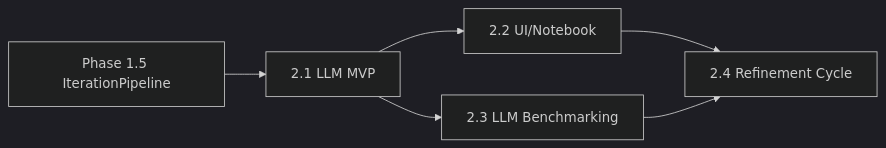
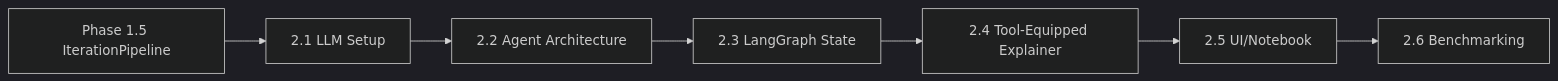
The second of 2 diagrams in docs/implementation_plan.md (GabrieleDiCorato/rohan), drawn with Mermaid (dark theme) before and after one commit. The commit also changed other lines of this file and 1 other file, not shown here.

````diff
--- a/docs/implementation_plan.md
+++ b/docs/implementation_plan.md
@@ -291,8 +480,9 @@
 ```mermaid
 graph LR
-    A[Phase 1.5 IterationPipeline] --> B[2.1 LLM MVP]
-    B --> C[2.2 UI/Notebook]
-    B --> D[2.3 LLM Benchmarking]
-    C --> E[2.4 Refinement Cycle]
-    D --> E
+    A[Phase 1.5 IterationPipeline] --> B[2.1 LLM Setup]
+    B --> C[2.2 Agent Architecture]
+    C --> D[2.3 LangGraph State]
+    D --> E[2.4 Tool-Equipped Explainer]
+    E --> F[2.5 UI/Notebook]
+    F --> G[2.6 Benchmarking]
 ```
````
